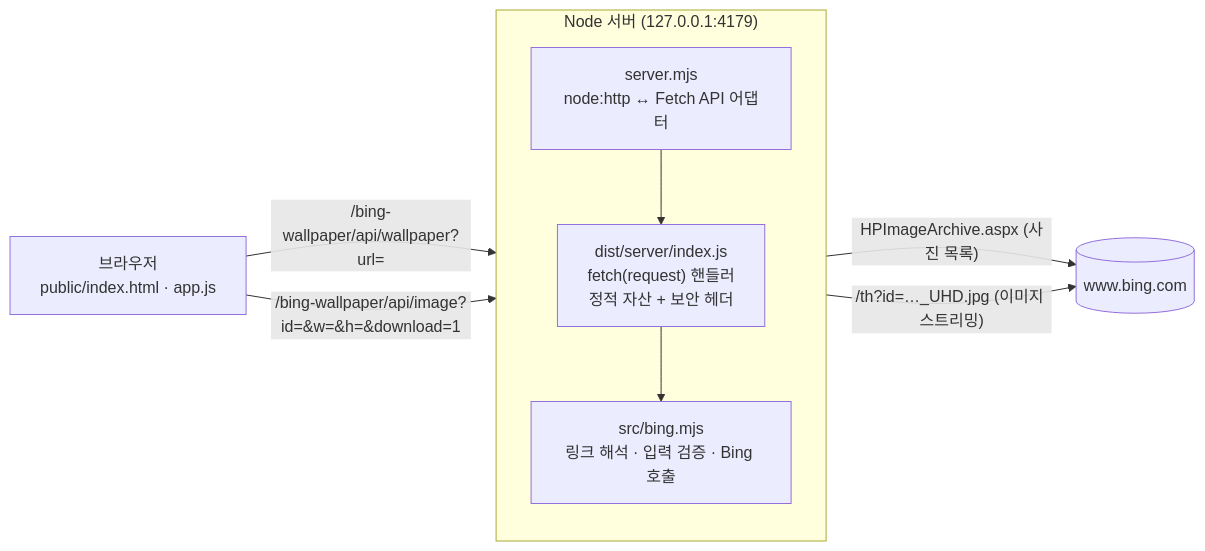
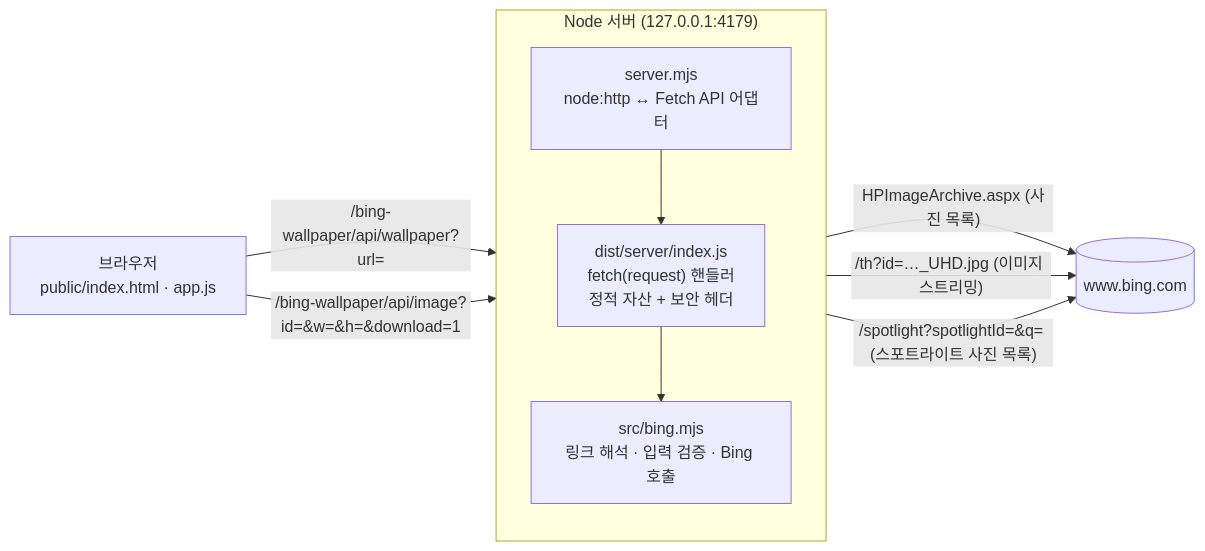
Before and after one commit to dlwhdrms24/bing-wallpaper-studio: the diagram in README.md, drawn with Mermaid. The commit also changed other lines of this file and 5 other files, not shown here.

First line of the commit message:
feat: accept Bing Spotlight links

````diff
--- a/README.md
+++ b/README.md
@@ -19,12 +20,13 @@
 ```mermaid
 flowchart LR
     B["브라우저<br/>public/index.html · app.js"] -->|"/bing-wallpaper/api/wallpaper?url="| S
     B -->|"/bing-wallpaper/api/image?id=&w=&h=&download=1"| S
     subgraph S["Node 서버 (127.0.0.1:4179)"]
         direction TB
         H["server.mjs<br/>node:http ↔ Fetch API 어댑터"] --> E["dist/server/index.js<br/>fetch(request) 핸들러<br/>정적 자산 + 보안 헤더"]
         E --> A["src/bing.mjs<br/>링크 해석 · 입력 검증 · Bing 호출"]
     end
     A -->|"HPImageArchive.aspx (사진 목록)"| BING[("www.bing.com")]
     A -->|"/th?id=…_UHD.jpg (이미지 스트리밍)"| BING
+    A -->|"/spotlight?spotlightId=&q= (스포트라이트 사진 목록)"| BING
 ```
````
